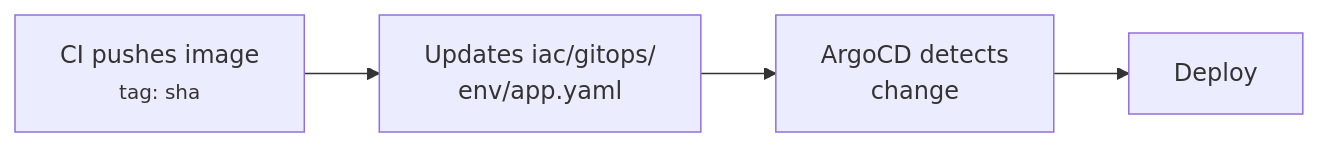
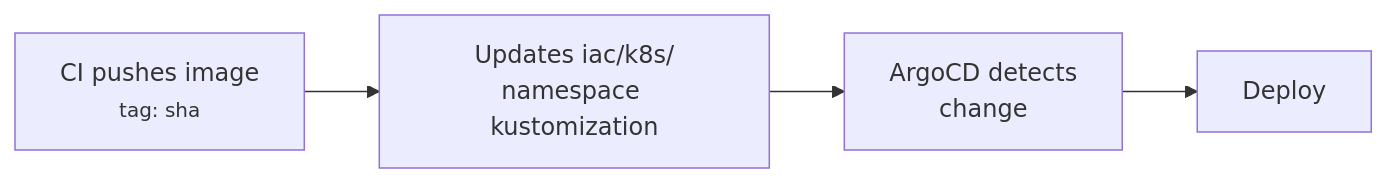
The fourth of 5 diagrams in CLAUDE.md (scitrix-tech/.github), drawn with Mermaid before and after one commit. The commit also changed other lines of this file, not shown here.

````diff
--- a/CLAUDE.md
+++ b/CLAUDE.md
@@ -179,4 +179,4 @@
 ```mermaid
 graph LR
-    CI["CI pushes image<br/><small>tag: sha</small>"] --> gitops["Updates iac/gitops/<br/>env/app.yaml"] --> ArgoCD["ArgoCD detects<br/>change"] --> Deploy
+    CI["CI pushes image<br/><small>tag: sha</small>"] --> gitops["Updates iac/k8s/<br/>namespace kustomization"] --> ArgoCD["ArgoCD detects<br/>change"] --> Deploy
 ```
````
